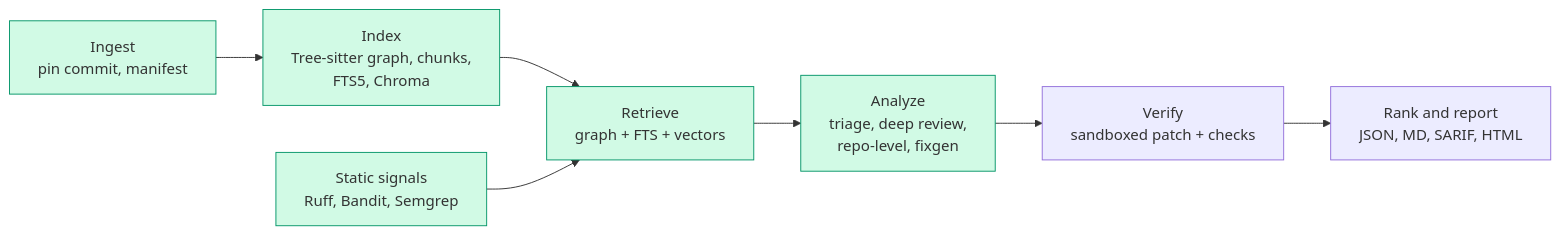
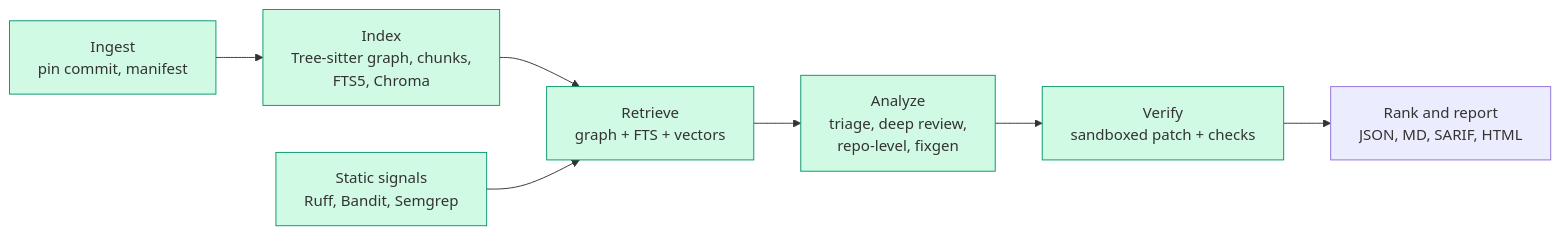
One commit to DivyanshuGaba/AI-code-reviewer changed the diagram in README.md. Above: the diagram before and after it, drawn with Mermaid. The commit also changed other lines of this file and 1 other file, not shown here.

````diff
--- a/README.md
+++ b/README.md
@@ -14,11 +14,11 @@
 ```mermaid
 flowchart LR
     A[Ingest<br/>pin commit, manifest] --> B[Index<br/>Tree-sitter graph, chunks,<br/>FTS5, Chroma]
     B --> C[Retrieve<br/>graph + FTS + vectors]
     S[Static signals<br/>Ruff, Bandit, Semgrep] --> C
     C --> D[Analyze<br/>triage, deep review,<br/>repo-level, fixgen]
     D --> E[Verify<br/>sandboxed patch + checks]
     E --> F[Rank and report<br/>JSON, MD, SARIF, HTML]
     classDef done fill:#d1fae5,stroke:#059669;
-    class A,B,C,D,S done;
+    class A,B,C,D,E,S done;
 ```
````
